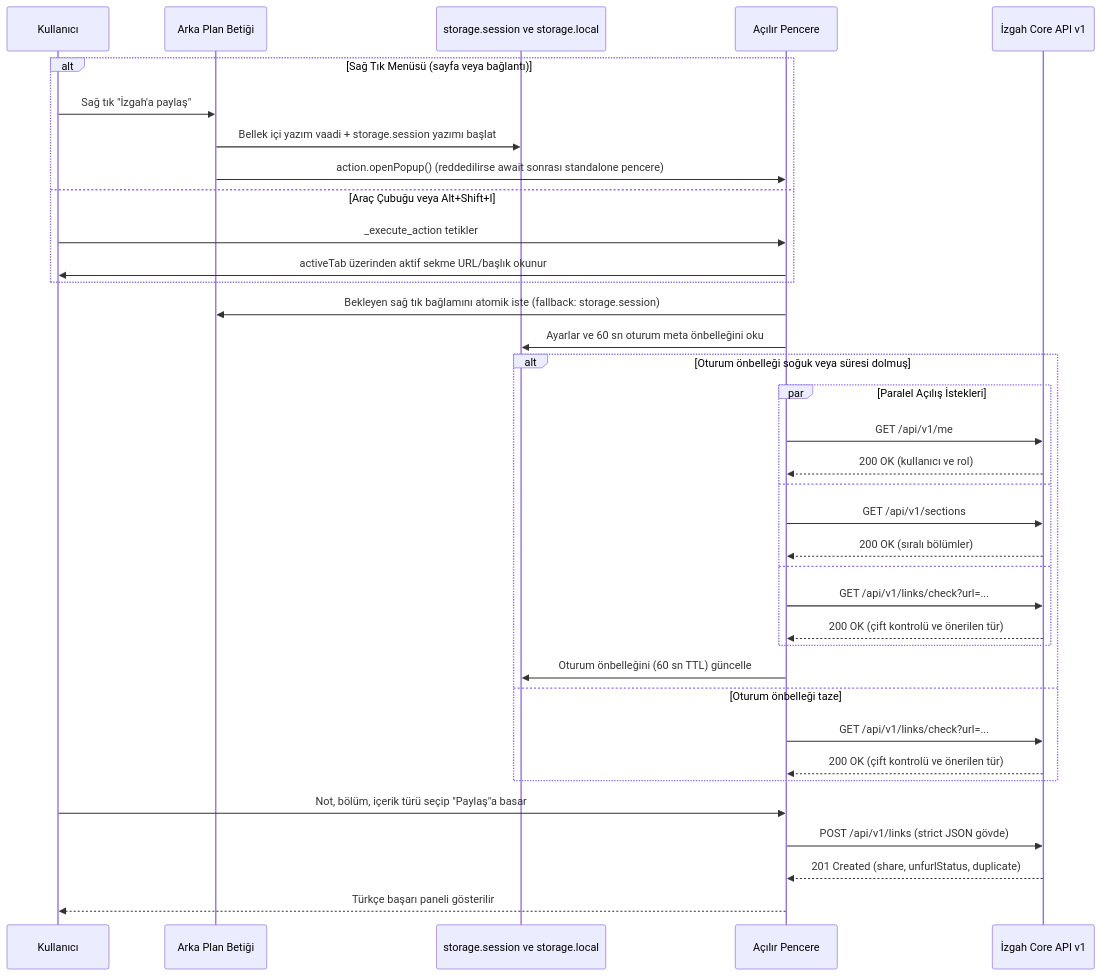
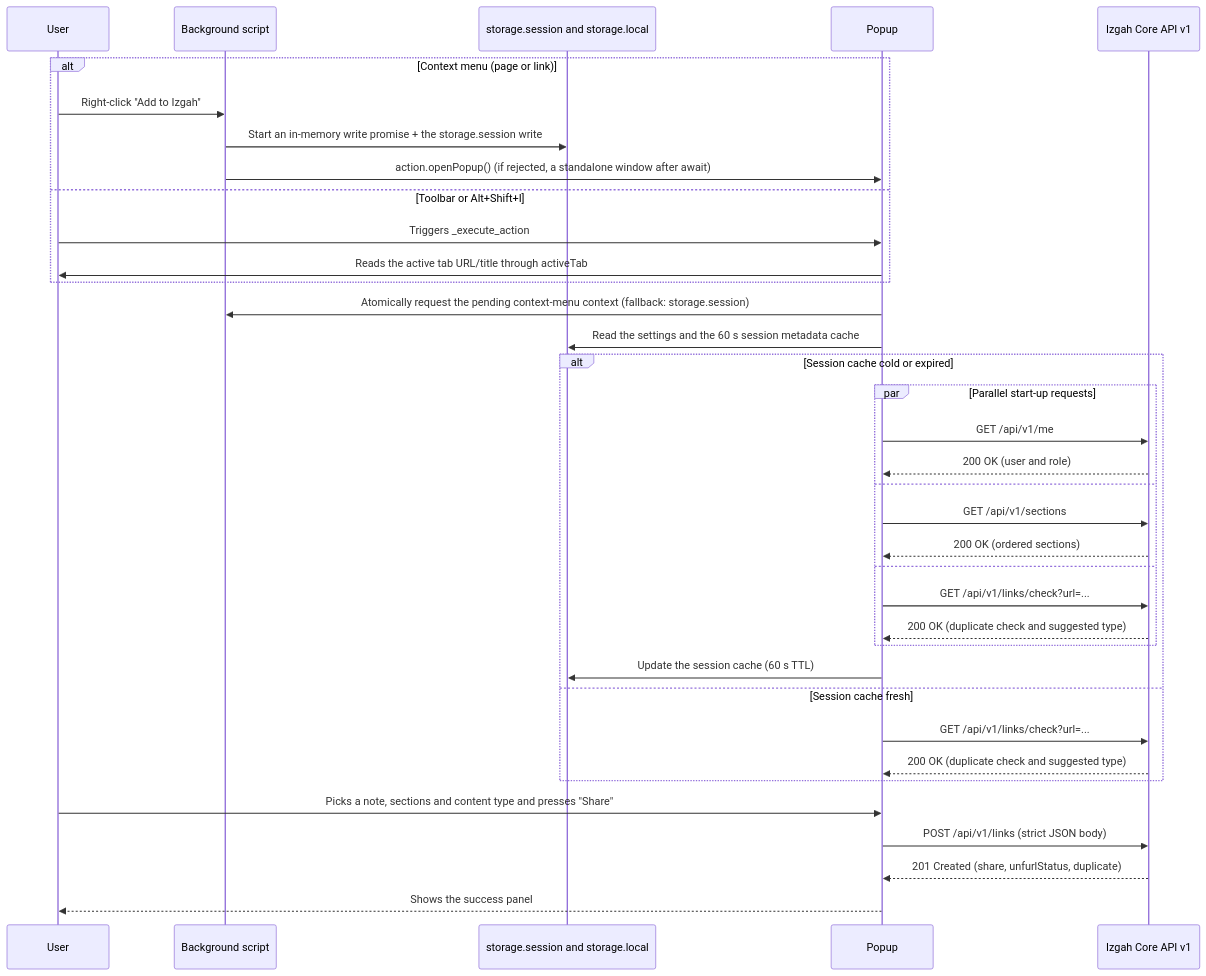
Before and after one commit to gorkemio/izgah: the second of 2 diagrams in docs/designs/izgah-extensions.md, drawn with Mermaid. The commit also changed other lines of this file, not shown here.

````diff
--- a/docs/designs/izgah-extensions.md
+++ b/docs/designs/izgah-extensions.md
@@ -149,42 +151,42 @@
 ```mermaid
 sequenceDiagram
-    participant K as Kullanıcı
-    participant BG as Arka Plan Betiği
-    participant ST as storage.session ve storage.local
-    participant POP as Açılır Pencere
-    participant API as İzgah Core API v1
+    participant K as User
+    participant BG as Background script
+    participant ST as storage.session and storage.local
+    participant POP as Popup
+    participant API as Izgah Core API v1
 
-    alt Sağ Tık Menüsü (sayfa veya bağlantı)
-        K->>BG: Sağ tık "İzgah'a paylaş"
-        BG->>ST: Bellek içi yazım vaadi + storage.session yazımı başlat
-        BG->>POP: action.openPopup() (reddedilirse await sonrası standalone pencere)
-    else Araç Çubuğu veya Alt+Shift+I
-        K->>POP: _execute_action tetikler
-        POP->>K: activeTab üzerinden aktif sekme URL/başlık okunur
+    alt Context menu (page or link)
+        K->>BG: Right-click "Add to Izgah"
+        BG->>ST: Start an in-memory write promise + the storage.session write
+        BG->>POP: action.openPopup() (if rejected, a standalone window after await)
+    else Toolbar or Alt+Shift+I
+        K->>POP: Triggers _execute_action
+        POP->>K: Reads the active tab URL/title through activeTab
     end
 
-    POP->>BG: Bekleyen sağ tık bağlamını atomik iste (fallback: storage.session)
-    POP->>ST: Ayarlar ve 60 sn oturum meta önbelleğini oku
+    POP->>BG: Atomically request the pending context-menu context (fallback: storage.session)
+    POP->>ST: Read the settings and the 60 s session metadata cache
 
-    alt Oturum önbelleği soğuk veya süresi dolmuş
-        par Paralel Açılış İstekleri
+    alt Session cache cold or expired
+        par Parallel start-up requests
             POP->>API: GET /api/v1/me
-            API-->>POP: 200 OK (kullanıcı ve rol)
+            API-->>POP: 200 OK (user and role)
         and
             POP->>API: GET /api/v1/sections
-            API-->>POP: 200 OK (sıralı bölümler)
+            API-->>POP: 200 OK (ordered sections)
         and
             POP->>API: GET /api/v1/links/check?url=...
-            API-->>POP: 200 OK (çift kontrolü ve önerilen tür)
+            API-->>POP: 200 OK (duplicate check and suggested type)
         end
-        POP->>ST: Oturum önbelleğini (60 sn TTL) güncelle
-    else Oturum önbelleği taze
+        POP->>ST: Update the session cache (60 s TTL)
+    else Session cache fresh
         POP->>API: GET /api/v1/links/check?url=...
-        API-->>POP: 200 OK (çift kontrolü ve önerilen tür)
+        API-->>POP: 200 OK (duplicate check and suggested type)
     end
 
-    K->>POP: Not, bölüm, içerik türü seçip "Paylaş"a basar
-    POP->>API: POST /api/v1/links (strict JSON gövde)
+    K->>POP: Picks a note, sections and content type and presses "Share"
+    POP->>API: POST /api/v1/links (strict JSON body)
     API-->>POP: 201 Created (share, unfurlStatus, duplicate)
-    POP-->>K: Türkçe başarı paneli gösterilir
+    POP-->>K: Shows the success panel
 ```
````
